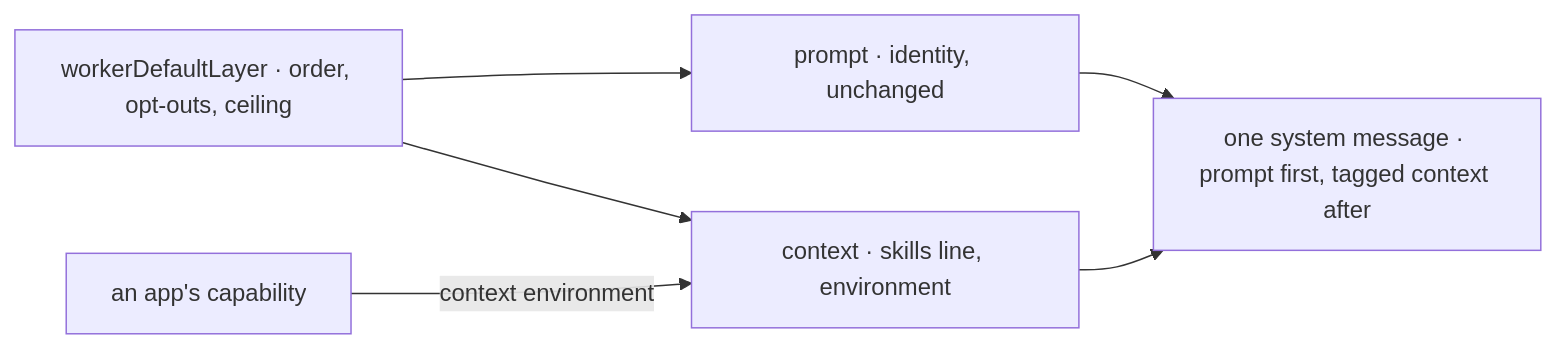
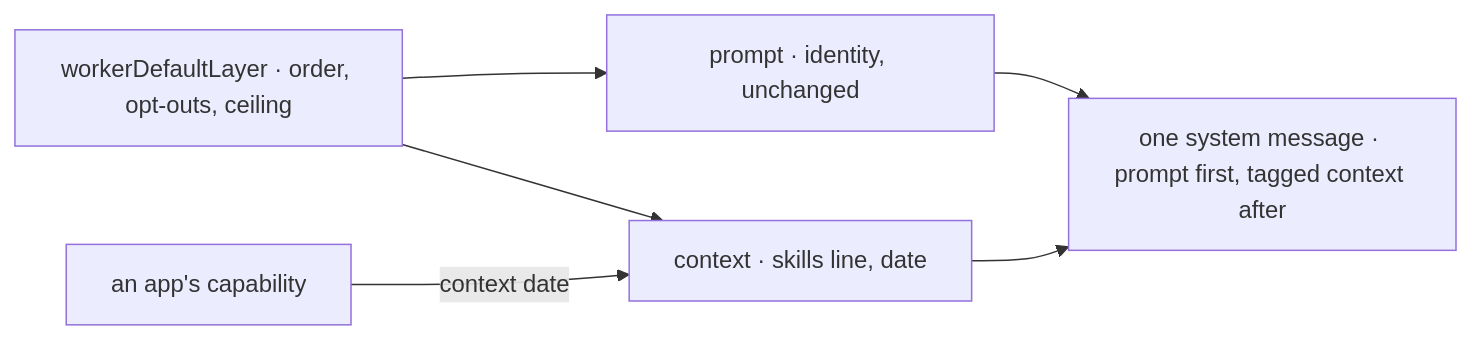
The second of 2 diagrams in specs/issues/FIX-2498/SPEC.md (fixpoint-labs/flow-state-dev), drawn with Mermaid before and after one commit. The commit also changed other lines of this file and 3 other files, not shown here.

First line of the commit message:
FIX-2498: rename the environment block to date, date fields only

````diff
--- a/specs/issues/FIX-2498/SPEC.md
+++ b/specs/issues/FIX-2498/SPEC.md
@@ -99,8 +98,8 @@
 ```mermaid
 flowchart LR
   L["workerDefaultLayer · order, opt-outs, ceiling"] --> P["prompt · identity, unchanged"]
-  L --> X["context · skills line, environment"]
-  A["an app's capability"] -->|"context environment"| X
+  L --> X["context · skills line, date"]
+  A["an app's capability"] -->|"context date"| X
   P --> M["one system message · prompt first, tagged context after"]
   X --> M
 ```
````
